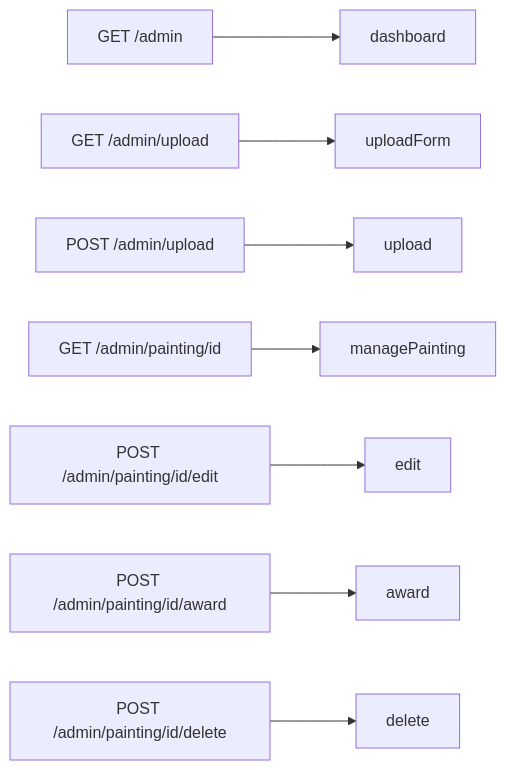
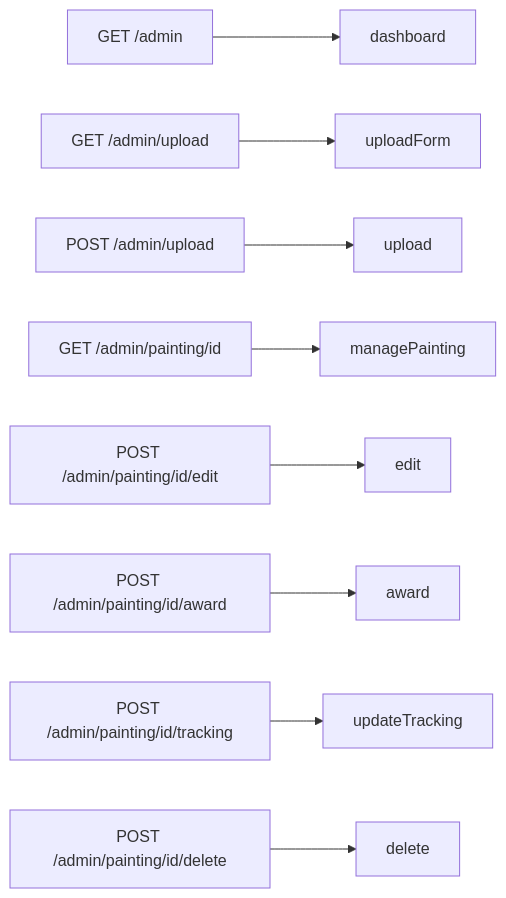
Before and after one commit to robsartin/heirloom: diagram 11 of 12 in doc/DEVELOPER.md, drawn with Mermaid. The commit also changed other lines of this file and 5 other files, not shown here.

````diff
--- a/doc/DEVELOPER.md
+++ b/doc/DEVELOPER.md
@@ -274,10 +295,11 @@
 ```mermaid
 graph LR
     GET_ADMIN["GET /admin"] --> AD1[dashboard]
     GET_UPLOAD["GET /admin/upload"] --> AD2[uploadForm]
     POST_UPLOAD["POST /admin/upload"] --> AD3[upload]
     GET_MANAGE["GET /admin/painting/id"] --> AD4[managePainting]
     POST_EDIT["POST /admin/painting/id/edit"] --> AD5[edit]
     POST_AWARD["POST /admin/painting/id/award"] --> AD6[award]
-    POST_DELETE["POST /admin/painting/id/delete"] --> AD7[delete]
+    POST_TRACK["POST /admin/painting/id/tracking"] --> AD7[updateTracking]
+    POST_DELETE["POST /admin/painting/id/delete"] --> AD8[delete]
 ```
````
